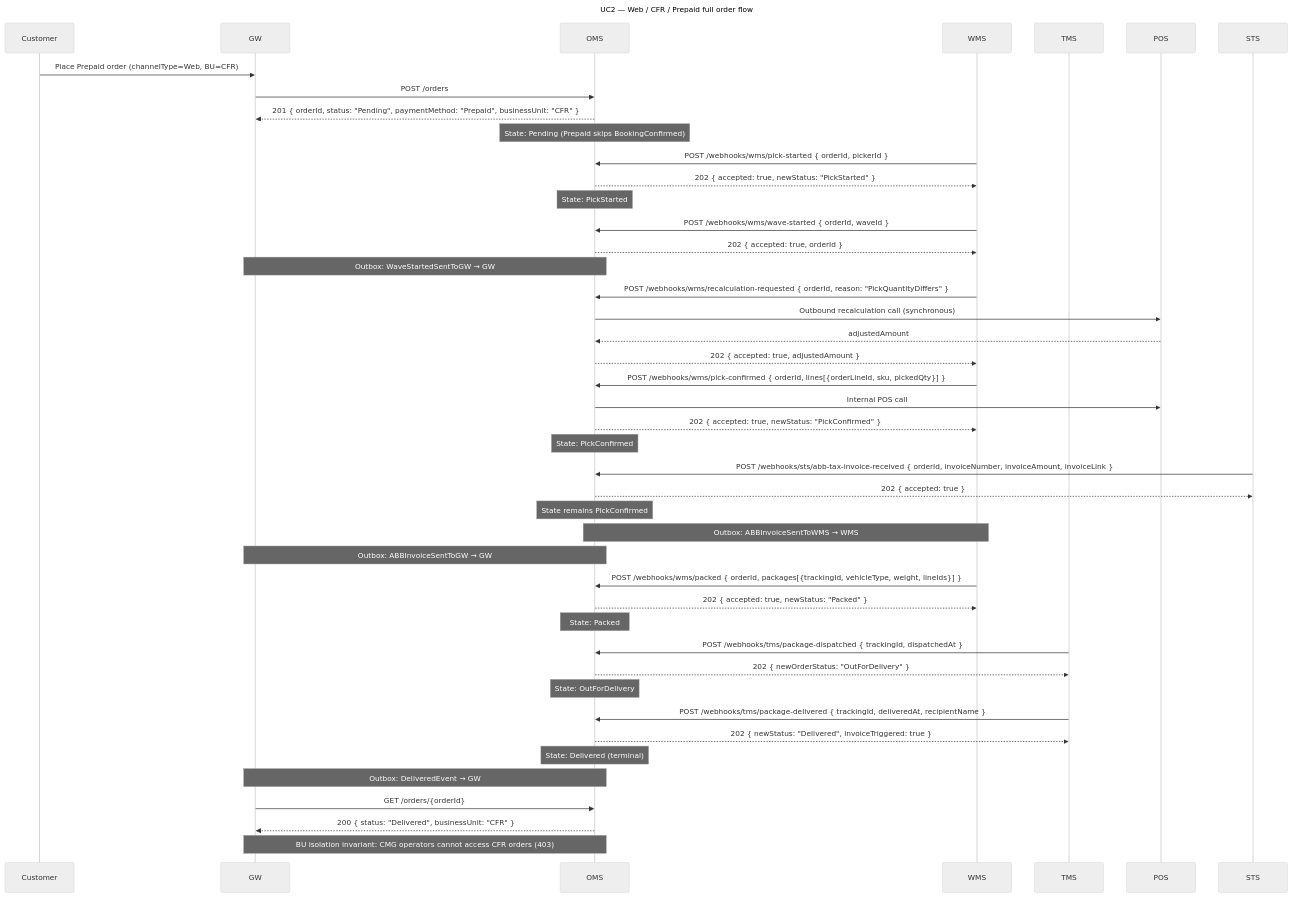
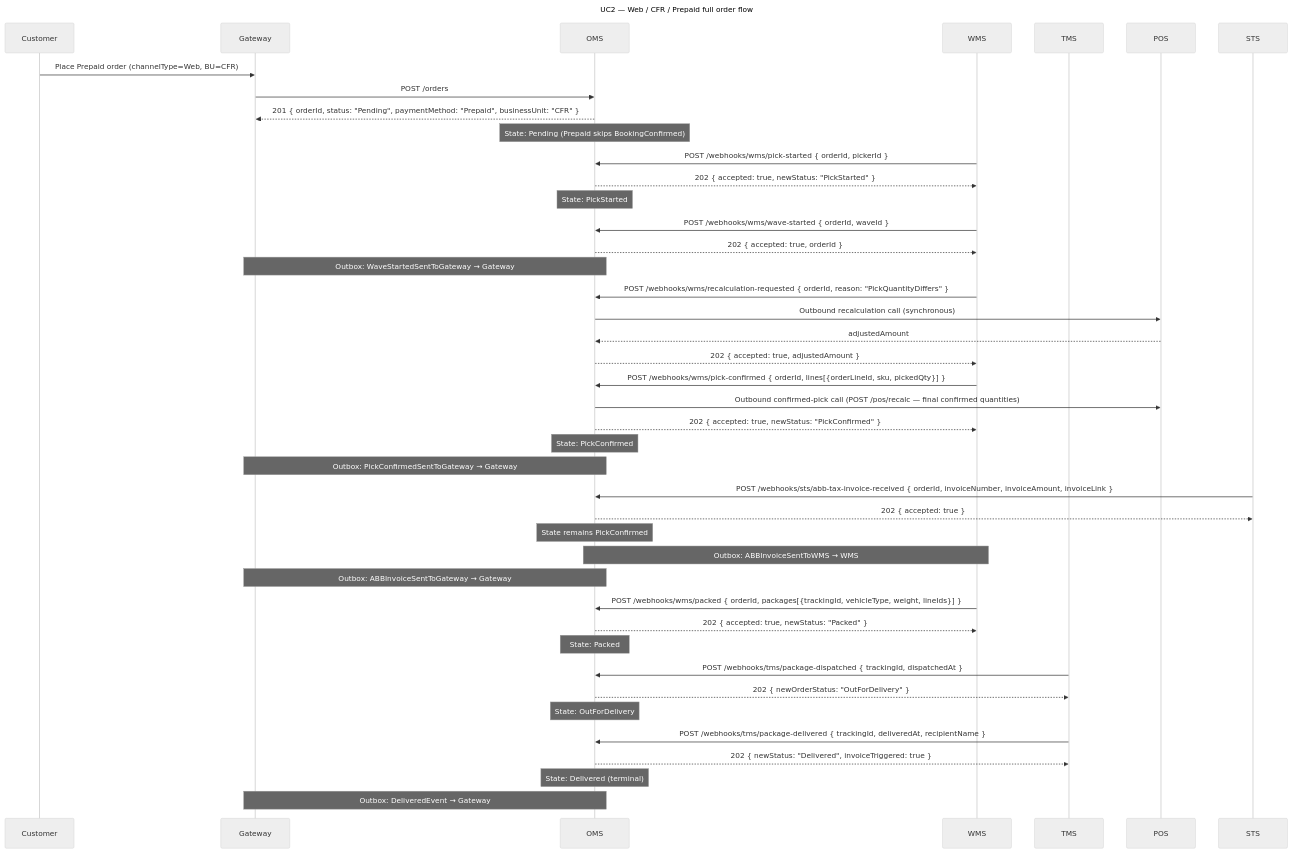
The second of 13 diagrams in docs/oms-e2e-sequence-diagrams.md (rosered11/oms-claude), drawn with Mermaid (neutral theme) before and after one commit. The commit also changed other lines of this file and 48 other files, not shown here.

````diff
--- a/docs/oms-e2e-sequence-diagrams.md
+++ b/docs/oms-e2e-sequence-diagrams.md
@@ -78,58 +76,55 @@
 ```mermaid
 sequenceDiagram
   title: UC2 — Web / CFR / Prepaid full order flow
 
   participant Customer
-  participant GW
+  participant Gateway
   participant OMS
   participant WMS
   participant TMS
   participant POS
   participant STS
 
-  Customer->>GW: Place Prepaid order (channelType=Web, BU=CFR)
-  GW->>OMS: POST /orders
-  OMS-->>GW: 201 { orderId, status: "Pending", paymentMethod: "Prepaid", businessUnit: "CFR" }
+  Customer->>Gateway: Place Prepaid order (channelType=Web, BU=CFR)
+  Gateway->>OMS: POST /orders
+  OMS-->>Gateway: 201 { orderId, status: "Pending", paymentMethod: "Prepaid", businessUnit: "CFR" }
   Note over OMS: State: Pending (Prepaid skips BookingConfirmed)
 
   WMS->>OMS: POST /webhooks/wms/pick-started { orderId, pickerId }
   OMS-->>WMS: 202 { accepted: true, newStatus: "PickStarted" }
   Note over OMS: State: PickStarted
 
   WMS->>OMS: POST /webhooks/wms/wave-started { orderId, waveId }
   OMS-->>WMS: 202 { accepted: true, orderId }
-  Note over OMS,GW: Outbox: WaveStartedSentToGW → GW
+  Note over OMS,Gateway: Outbox: WaveStartedSentToGateway → Gateway
 
   WMS->>OMS: POST /webhooks/wms/recalculation-requested { orderId, reason: "PickQuantityDiffers" }
   OMS->>POS: Outbound recalculation call (synchronous)
   POS-->>OMS: adjustedAmount
   OMS-->>WMS: 202 { accepted: true, adjustedAmount }
 
   WMS->>OMS: POST /webhooks/wms/pick-confirmed { orderId, lines[{orderLineId, sku, pickedQty}] }
-  OMS->>POS: Internal POS call
+  OMS->>POS: Outbound confirmed-pick call (POST /pos/recalc — final confirmed quantities)
   OMS-->>WMS: 202 { accepted: true, newStatus: "PickConfirmed" }
   Note over OMS: State: PickConfirmed
+  Note over OMS,Gateway: Outbox: PickConfirmedSentToGateway → Gateway
 
   STS->>OMS: POST /webhooks/sts/abb-tax-invoice-received { orderId, invoiceNumber, invoiceAmount, invoiceLink }
   OMS-->>STS: 202 { accepted: true }
   Note over OMS: State remains PickConfirmed
   Note over OMS,WMS: Outbox: ABBInvoiceSentToWMS → WMS
-  Note over OMS,GW: Outbox: ABBInvoiceSentToGW → GW
+  Note over OMS,Gateway: Outbox: ABBInvoiceSentToGateway → Gateway
 
   WMS->>OMS: POST /webhooks/wms/packed { orderId, packages[{trackingId, vehicleType, weight, lineIds}] }
   OMS-->>WMS: 202 { accepted: true, newStatus: "Packed" }
   Note over OMS: State: Packed
 
   TMS->>OMS: POST /webhooks/tms/package-dispatched { trackingId, dispatchedAt }
   OMS-->>TMS: 202 { newOrderStatus: "OutForDelivery" }
   Note over OMS: State: OutForDelivery
 
   TMS->>OMS: POST /webhooks/tms/package-delivered { trackingId, deliveredAt, recipientName }
   OMS-->>TMS: 202 { newStatus: "Delivered", invoiceTriggered: true }
   Note over OMS: State: Delivered (terminal)
-  Note over OMS,GW: Outbox: DeliveredEvent → GW
-
-  GW->>OMS: GET /orders/{orderId}
-  OMS-->>GW: 200 { status: "Delivered", businessUnit: "CFR" }
-  Note over OMS,GW: BU isolation invariant: CMG operators cannot access CFR orders (403)
+  Note over OMS,Gateway: Outbox: DeliveredEvent → Gateway
 ```
````
